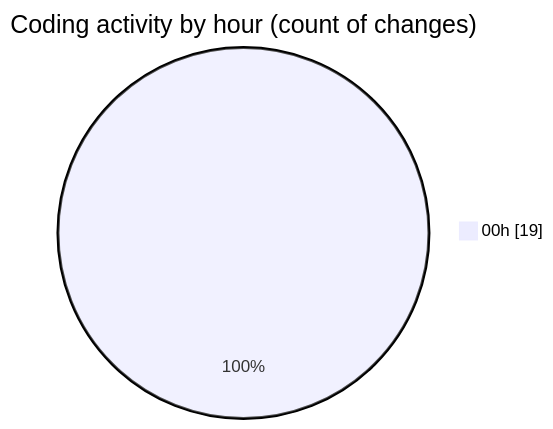
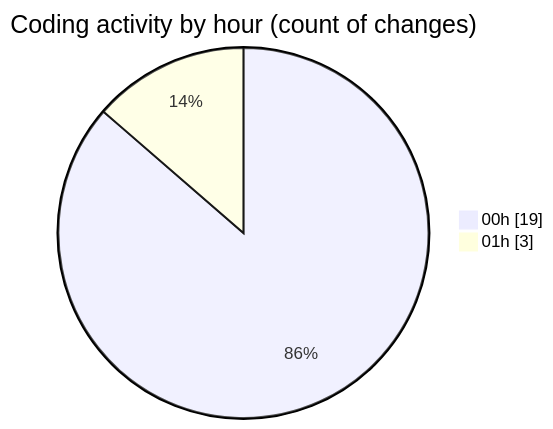
The second of 2 diagrams in 2025-02-14/elitegpt/README.md (Elitesun/code-tracking), drawn with Mermaid before and after one commit. The commit also changed other lines of this file and 1 other file, not shown here.

````diff
--- a/2025-02-14/elitegpt/README.md
+++ b/2025-02-14/elitegpt/README.md
@@ -32,5 +32,6 @@
 ```mermaid
 pie showData
 title Coding activity by hour (count of changes)
 "00h" : 19
+"01h" : 3
 ```
````
